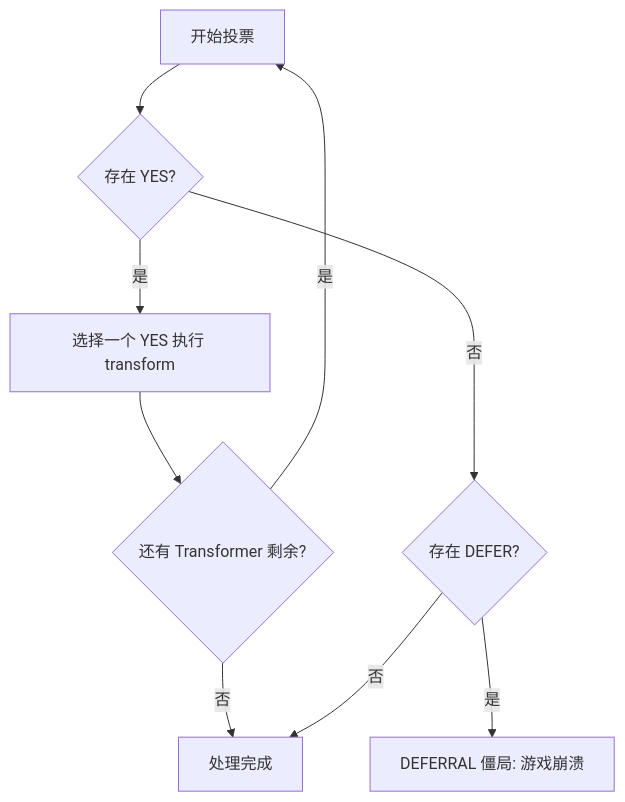
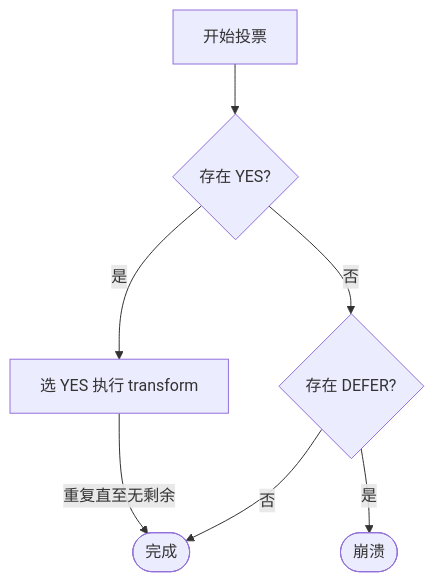
The third of 3 diagrams in docs/coremod/1.20.6-1.21.8.md (vfyjxf/CirrusDocs), drawn with Mermaid before and after one commit. The commit also changed other lines of this file and 1 other file, not shown here.

Commit message:
fix: 修正 CoreMod 定义、Mixin 属于广义 CoreMod、优化 castVote 流程图
- game-layer: PLUGIN/SERVICE parent 均为 BOOT，PLUGIN 晚于 SERVICE 创建
- 1.20.6~1.21.8: gradle→groovy 高亮，标题改 API 与机制/项目实战
- castVote 流程图：去回环箭头，用边标签表达迭代语义
- Mixin 补充块：修正为广义上也属于 CoreMod
- 概览页：更新 CoreMod 定义为核心 API 统称

````diff
--- a/docs/coremod/1.20.6-1.21.8.md
+++ b/docs/coremod/1.20.6-1.21.8.md
@@ -137,11 +135,9 @@
 ```mermaid
 flowchart TD
     A[开始投票] --> B{存在 YES?}
-    B -- 是 --> C[选择一个 YES 执行 transform]
-    C --> D{还有 Transformer 剩余?}
-    D -- 是 --> A
-    D -- 否 --> E[处理完成]
-    B -- 否 --> F{存在 DEFER?}
-    F -- 是 --> G["DEFERRAL 僵局: 游戏崩溃"]
-    F -- 否 --> E
+    B -->|是| C[选 YES 执行 transform]
+    B -->|否| D{存在 DEFER?}
+    C -->|重复直至无剩余| E([完成])
+    D -->|是| F([崩溃])
+    D -->|否| E
 ```
````
